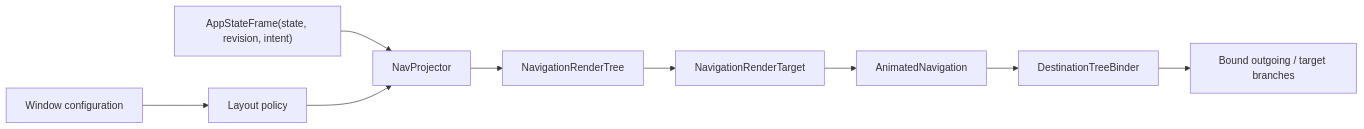
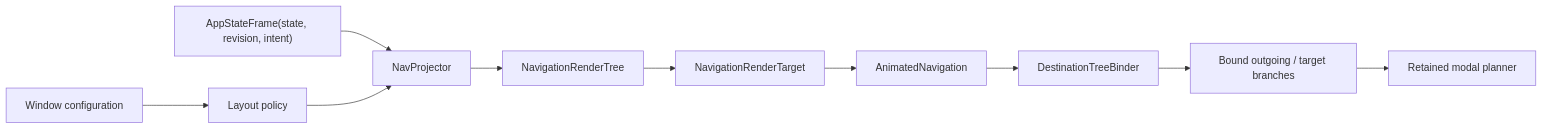
The second of 2 diagrams in README.md (senneco/udf-sandbox), drawn with Mermaid before and after one commit. The commit also changed other lines of this file and 18 other files, not shown here.

````diff
--- a/README.md
+++ b/README.md
@@ -134,11 +136,12 @@
 ```mermaid
 flowchart LR
     Frame["AppStateFrame(state, revision, intent)"] --> Projector["NavProjector"]
     Window["Window configuration"] --> Policy["Layout policy"]
     Policy --> Projector
     Projector --> Tree["NavigationRenderTree"]
     Tree --> Target["NavigationRenderTarget"]
     Target --> Renderer["AnimatedNavigation"]
     Renderer --> Binder["DestinationTreeBinder"]
     Binder --> Branches["Bound outgoing / target branches"]
+    Branches --> ModalPlanner["Retained modal planner"]
 ```
````
